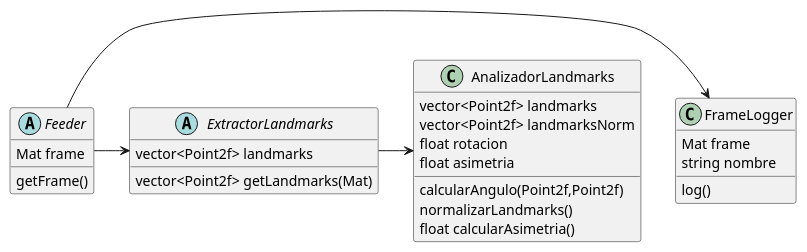
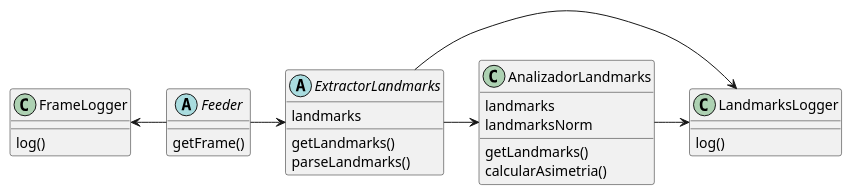
The second of 5 diagrams in Diagrama.puml (agustinavila/ProyectoVision), drawn with PlantUML before and after one commit. The commit also changed other lines of this file and 35 other files, not shown here.

```diff
--- a/Diagrama.puml
+++ b/Diagrama.puml
@@ -42,36 +54,35 @@
 @startuml proyectoVision
 
 abstract class Feeder{
-	Mat frame
 	getFrame()
 }
 
 class FrameLogger{
-	Mat frame
-	string nombre
 	log()
 }
-Feeder -> FrameLogger
+
+class LandmarksLogger{
+	log()
+}
+
+FrameLogger <- Feeder
 
 Feeder->ExtractorLandmarks
 
 abstract class ExtractorLandmarks{
-	'debe definir todos los datos necesarios
-	'y los metodos para extraer y registrar los datos
-
-	vector<Point2f> landmarks
-	vector<Point2f> getLandmarks(Mat)
+	landmarks
+	getLandmarks()
+	parseLandmarks()
 }
 
 ExtractorLandmarks->AnalizadorLandmarks
+ExtractorLandmarks->LandmarksLogger
+AnalizadorLandmarks->LandmarksLogger
 
 class AnalizadorLandmarks{
-	vector<Point2f> landmarks
-	vector<Point2f> landmarksNorm
-	float rotacion
-	float asimetria
-	calcularAngulo(Point2f,Point2f)
-	normalizarLandmarks()
-	float calcularAsimetria()
+	landmarks
+	landmarksNorm
+	getLandmarks()
+	calcularAsimetria()
 }
 @enduml
```
